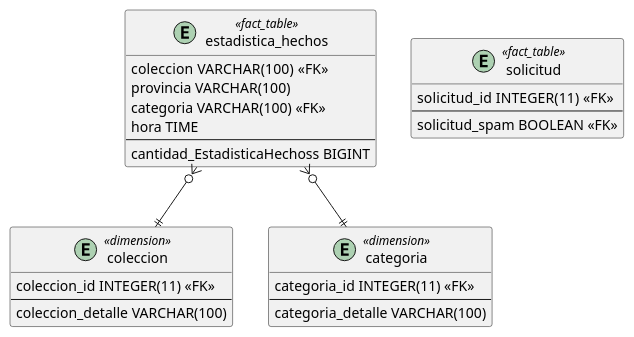
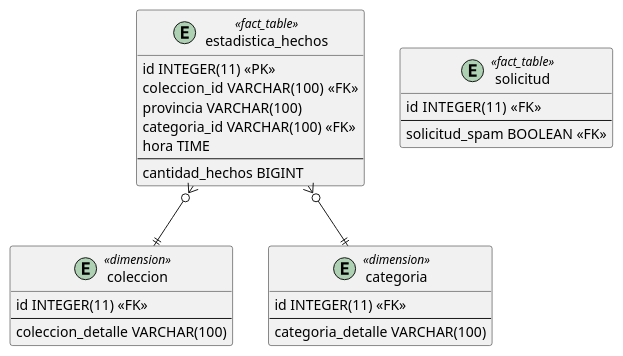
Before and after one commit to BrunoRodriguezzz/tp-dsi: the diagram in servicioEstadisticas/public/DER_BI.puml, drawn with PlantUML. The commit also changed 3 other files, not shown here.

```diff
--- a/servicioEstadisticas/public/DER_BI.puml
+++ b/servicioEstadisticas/public/DER_BI.puml
@@ -1,34 +1,35 @@
 @startuml
 
 entity estadistica_hechos <<fact_table>> {
-    coleccion VARCHAR(100)  <<FK>>
+    id INTEGER(11) <<PK>>
+    coleccion_id VARCHAR(100)  <<FK>>
     provincia VARCHAR(100)
-    categoria VARCHAR(100) <<FK>>
+    categoria_id VARCHAR(100) <<FK>>
     hora TIME
     --
-    cantidad_EstadisticaHechoss BIGINT
+    cantidad_hechos BIGINT
 }
 
 entity coleccion <<dimension>> {
-    coleccion_id INTEGER(11) <<FK>>
+    id INTEGER(11) <<FK>>
     --
     coleccion_detalle VARCHAR(100)
 }
 
 entity categoria <<dimension>> {
-    categoria_id INTEGER(11) <<FK>>
+    id INTEGER(11) <<FK>>
     --
     categoria_detalle VARCHAR(100)
 }
 
 entity solicitud<<fact_table>> {
-    solicitud_id INTEGER(11)  <<FK>>
+    id INTEGER(11)  <<FK>>
     --
     solicitud_spam BOOLEAN <<FK>>
 }
 
 estadistica_hechos }o--|| coleccion
 estadistica_hechos }o--|| categoria
 
 
 @enduml
```
